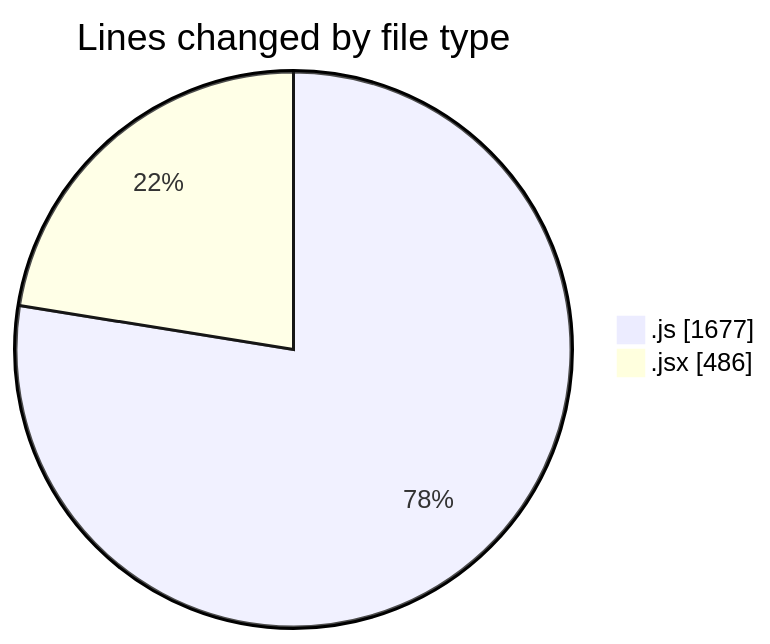
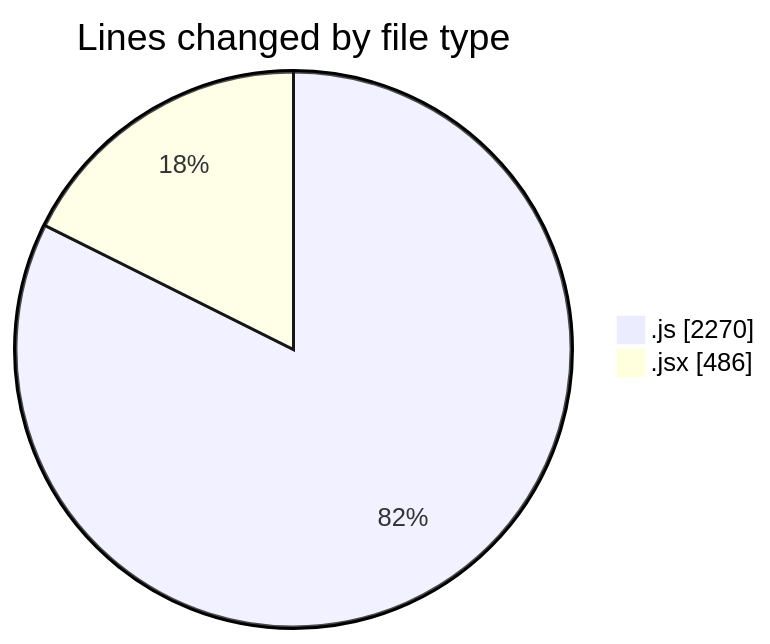
The first of 2 diagrams in 2025-07-27/nxtqube_webapp/README.md (nxtqubesakshisongat/code-tracking), drawn with Mermaid before and after one commit. The commit also changed other lines of this file and 1 other file, not shown here.

````diff
--- a/2025-07-27/nxtqube_webapp/README.md
+++ b/2025-07-27/nxtqube_webapp/README.md
@@ -23,6 +24,6 @@
 ```mermaid
 pie showData
 title Lines changed by file type
-".js" : 1677
+".js" : 2270
 ".jsx" : 486
 ```
````
